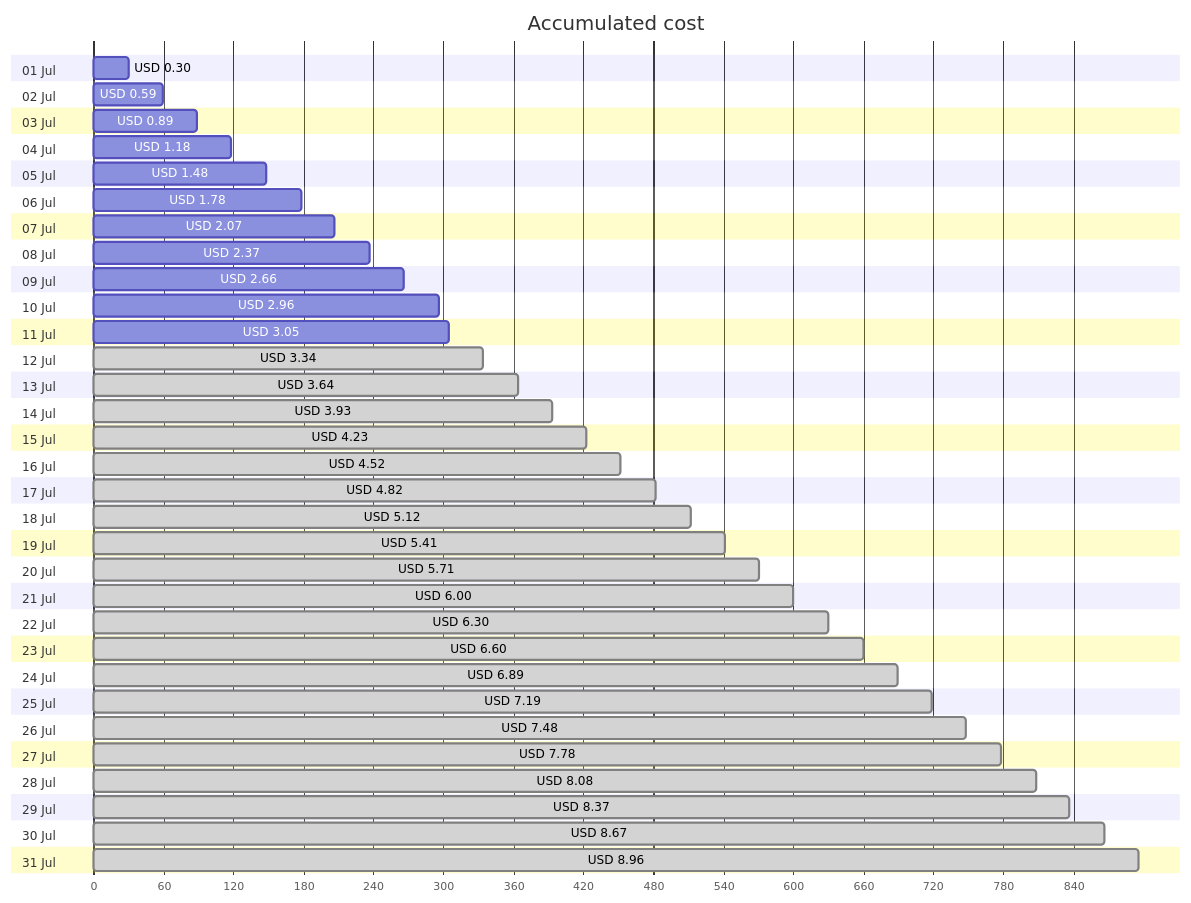
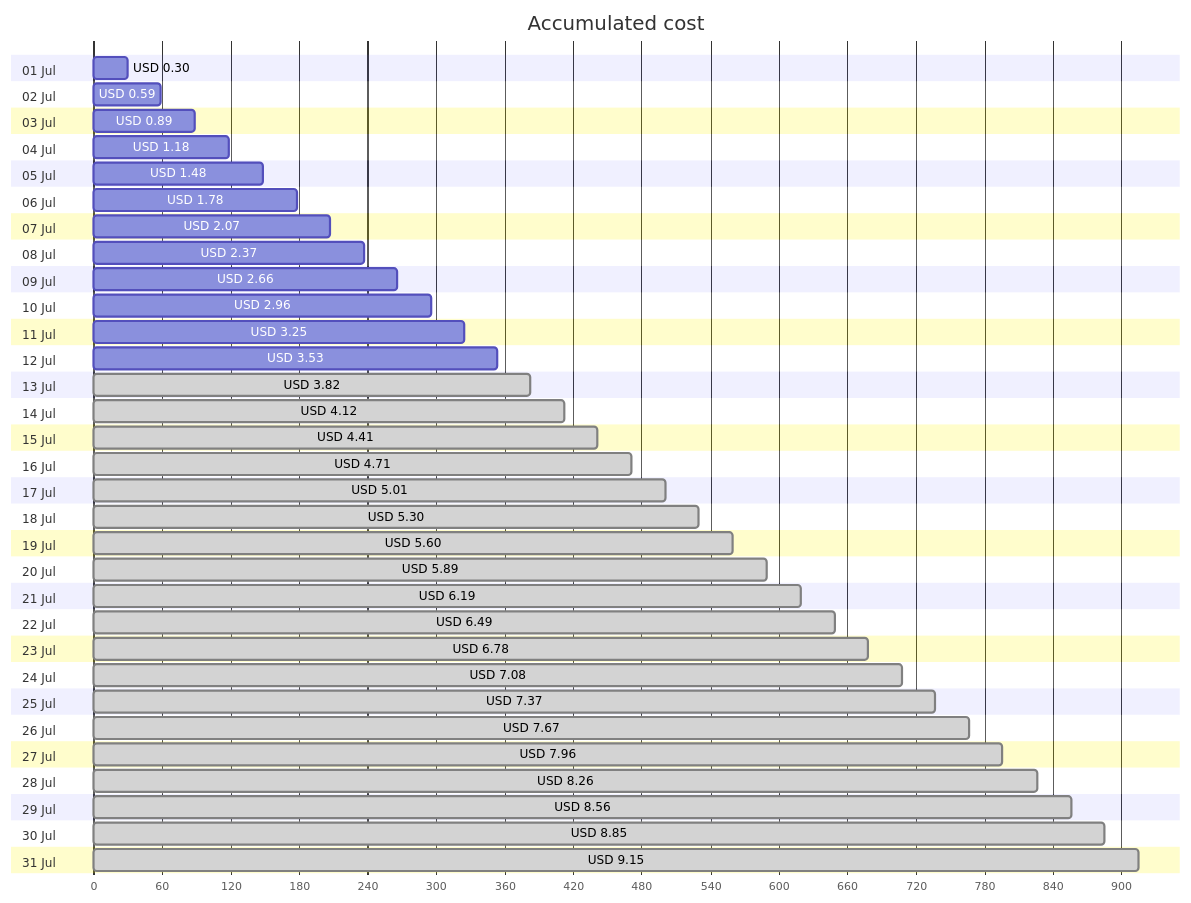
One commit to jpfulton/azure-personal-reports changed the first of 4 diagrams in cost-reports/personal-site/personal-site.md. Above: the diagram before and after it, drawn with Mermaid. The commit also changed other lines of this file and 6 other files, not shown here.

````diff
--- a/cost-reports/personal-site/personal-site.md
+++ b/cost-reports/personal-site/personal-site.md
@@ -20,68 +20,68 @@
 ```mermaid
 gantt
    title Accumulated cost
    dateFormat  X
    axisFormat %s
    section 01 Jul
    USD 0.30 :0, 30
    section 02 Jul
    USD 0.59 :0, 59
    section 03 Jul
    USD 0.89 :0, 89
    section 04 Jul
    USD 1.18 :0, 118
    section 05 Jul
    USD 1.48 :0, 148
    section 06 Jul
    USD 1.78 :0, 178
    section 07 Jul
    USD 2.07 :0, 207
    section 08 Jul
    USD 2.37 :0, 237
    section 09 Jul
    USD 2.66 :0, 266
    section 10 Jul
    USD 2.96 :0, 296
    section 11 Jul
-   USD 3.05 :0, 305
+   USD 3.25 :0, 325
    section 12 Jul
-   USD 3.34 : done, 0, 334
+   USD 3.53 :0, 353
    section 13 Jul
-   USD 3.64 : done, 0, 364
+   USD 3.82 : done, 0, 382
    section 14 Jul
-   USD 3.93 : done, 0, 393
+   USD 4.12 : done, 0, 412
    section 15 Jul
-   USD 4.23 : done, 0, 423
+   USD 4.41 : done, 0, 441
    section 16 Jul
-   USD 4.52 : done, 0, 452
+   USD 4.71 : done, 0, 471
    section 17 Jul
-   USD 4.82 : done, 0, 482
+   USD 5.01 : done, 0, 501
    section 18 Jul
-   USD 5.12 : done, 0, 512
+   USD 5.30 : done, 0, 530
    section 19 Jul
-   USD 5.41 : done, 0, 541
+   USD 5.60 : done, 0, 560
    section 20 Jul
-   USD 5.71 : done, 0, 571
+   USD 5.89 : done, 0, 589
    section 21 Jul
-   USD 6.00 : done, 0, 600
+   USD 6.19 : done, 0, 619
    section 22 Jul
-   USD 6.30 : done, 0, 630
+   USD 6.49 : done, 0, 649
    section 23 Jul
-   USD 6.60 : done, 0, 660
+   USD 6.78 : done, 0, 678
    section 24 Jul
-   USD 6.89 : done, 0, 689
+   USD 7.08 : done, 0, 708
    section 25 Jul
-   USD 7.19 : done, 0, 719
+   USD 7.37 : done, 0, 737
    section 26 Jul
-   USD 7.48 : done, 0, 748
+   USD 7.67 : done, 0, 767
    section 27 Jul
-   USD 7.78 : done, 0, 778
+   USD 7.96 : done, 0, 796
    section 28 Jul
-   USD 8.08 : done, 0, 808
+   USD 8.26 : done, 0, 826
    section 29 Jul
-   USD 8.37 : done, 0, 837
+   USD 8.56 : done, 0, 856
    section 30 Jul
-   USD 8.67 : done, 0, 867
+   USD 8.85 : done, 0, 885
    section 31 Jul
-   USD 8.96 : done, 0, 896
+   USD 9.15 : done, 0, 915
 ```
````
